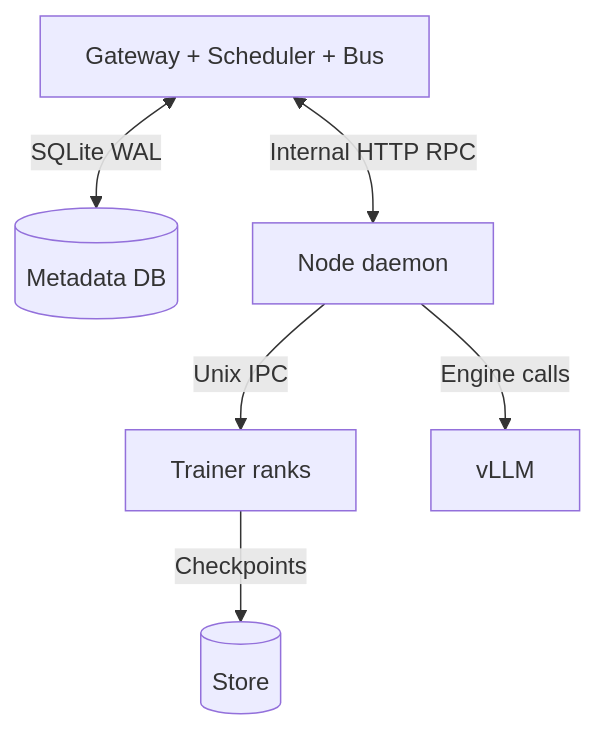
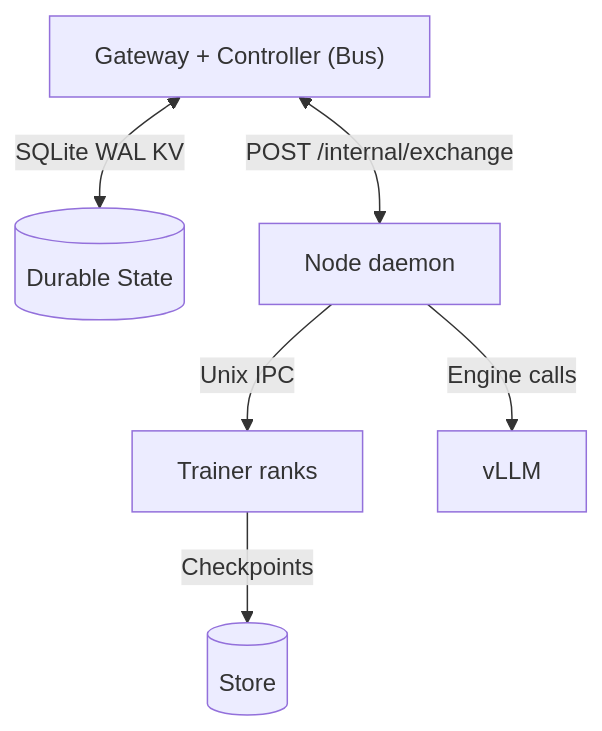
The diagram in README.md (ShubyM/tiny-open-rl), drawn with Mermaid before and after one commit. The commit also changed other lines of this file and 23 other files, not shown here.

Commit message:
Rewrite control plane around single-call exchange RPC and transactional KV

````diff
--- a/README.md
+++ b/README.md
@@ -35,8 +35,8 @@
 ```mermaid
 flowchart TD
-  G["Gateway + Scheduler + Bus"] <-->|SQLite WAL| D[("Metadata DB")]
-  G <-->|Internal HTTP RPC| N["Node daemon"]
+  G["Gateway + Controller (Bus)"] <-->|SQLite WAL KV| D[("Durable State")]
+  G <-->|POST /internal/exchange| N["Node daemon"]
   N -->|Unix IPC| T["Trainer ranks"]
   N -->|Engine calls| V["vLLM"]
   T -->|Checkpoints| C[("Store")]
 ```
````
